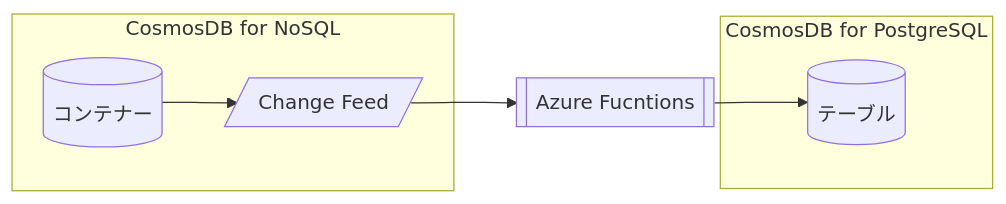
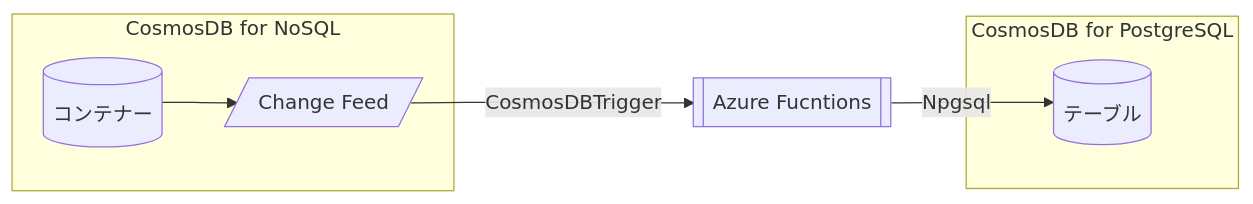
Before and after one commit to tahayaka-microsoft/CosmosDB-ChangeFeed-Functions: the second of 2 diagrams in 03_ChangeFeed_OperationBasic.md, drawn with Mermaid. The commit also changed other lines of this file, not shown here.

````diff
--- a/03_ChangeFeed_OperationBasic.md
+++ b/03_ChangeFeed_OperationBasic.md
@@ -122,11 +131,11 @@
 ```mermaid
 graph LR
   subgraph sg1["CosmosDB for NoSQL"]
     A[(コンテナー)] --> B[/"Change Feed"/] 
   end
-  B --> C[[Azure Fucntions]]
+  B --CosmosDBTrigger--> C[[Azure Fucntions]]
   subgraph sg2["CosmosDB for PostgreSQL"]
     D[(テーブル)]
   end
-  C-->D
+  C--Npgsql-->D
 ```
````
